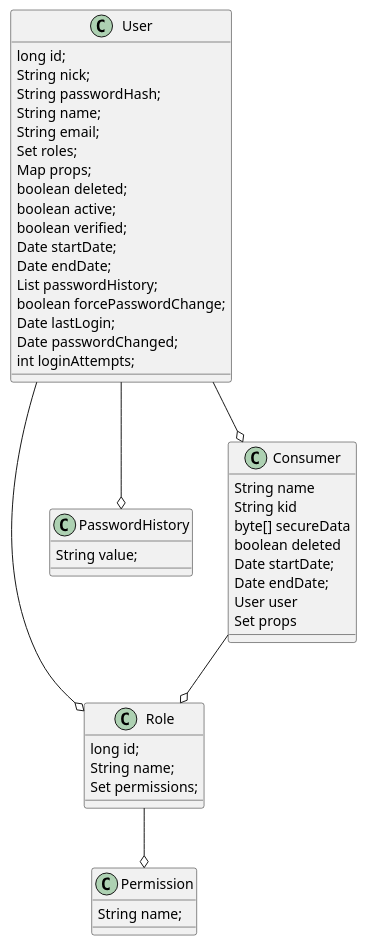
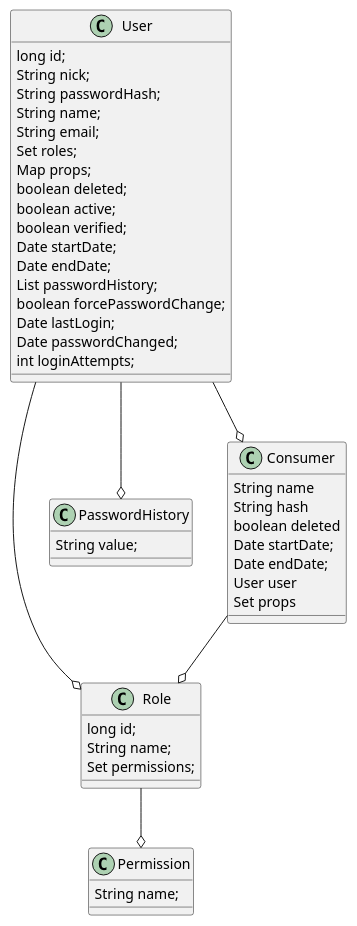
One commit to jpos/jPOS-EE changed the third of 3 diagrams in doc/src/asciidoc/entities/eeuser.adoc. Above: the diagram before and after it, drawn with PlantUML. The commit also changed other lines of this file, not shown here.

First line of the commit message:
document Consumer.hash

```diff
--- a/doc/src/asciidoc/entities/eeuser.adoc
+++ b/doc/src/asciidoc/entities/eeuser.adoc
@@ -65,56 +65,55 @@
 [plantuml, user-entity, svg, width="90%"]
 ----
 @startuml
 class User {
   long id;
   String nick;
   String passwordHash;
   String name;
   String email;
   Set roles;
   Map props;
   boolean deleted;
   boolean active;
   boolean verified;
   Date startDate;
   Date endDate;
   List passwordHistory;
   boolean forcePasswordChange;
   Date lastLogin;
   Date passwordChanged;
   int loginAttempts;
 }
 
 class Role {
   long id;
   String name;
   Set permissions;
 }
 
 class Permission {
   String name;
 }
 
 class PasswordHistory {
   String value;
 }
 
 class Consumer {
   String name
-  String kid
-  byte[] secureData
+  String hash
   boolean deleted
   Date startDate;
   Date endDate;
   User user
   Set props
 }
 
 User --o Role
 Role --o Permission
 User --o PasswordHistory
 User --o Consumer
 Consumer --o Role
 
 @enduml
 ----
```
